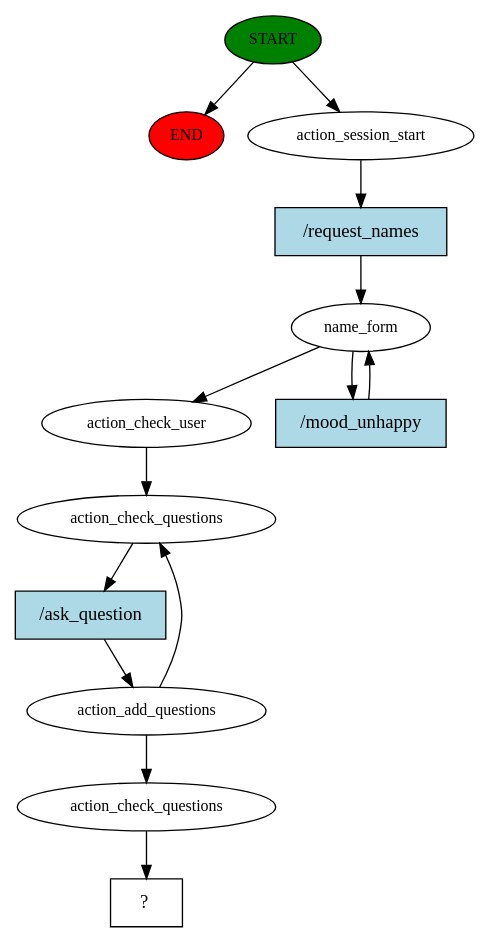
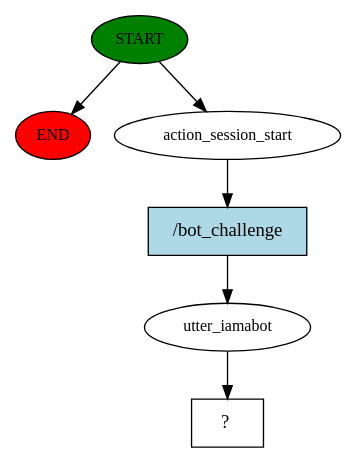
The diagram in story_graph.dot (Dashavod/devtorium_bot), drawn with Graphviz before and after one commit. The commit also changed 12 other files, not shown here.

```diff
--- a/story_graph.dot
+++ b/story_graph.dot
@@ -1,27 +1,13 @@
 digraph  {
 0 [class="start active", fillcolor=green, fontsize=12, label=START, style=filled];
 "-1" [class=end, fillcolor=red, fontsize=12, label=END, style=filled];
 1 [class=active, fontsize=12, label=action_session_start];
-2 [class=active, fontsize=12, label=name_form];
-4 [class=active, fontsize=12, label=action_check_user];
-5 [class=active, fontsize=12, label=action_check_questions];
-6 [class=active, fontsize=12, label=action_add_questions];
-9 [class=active, fontsize=12, label=action_check_questions];
-10 [class="intent dashed active", label="  ?  ", shape=rect];
-11 [class="intent active", fillcolor=lightblue, label="/request_names", shape=rect, style=filled];
-12 [class="intent active", fillcolor=lightblue, label="/mood_unhappy", shape=rect, style=filled];
-13 [class="intent active", fillcolor=lightblue, label="/ask_question", shape=rect, style=filled];
+2 [class=active, fontsize=12, label=utter_iamabot];
+3 [class="intent dashed active", label="  ?  ", shape=rect];
+4 [class="intent active", fillcolor=lightblue, label="/bot_challenge", shape=rect, style=filled];
 0 -> "-1"  [class="", key=NONE, label=""];
 0 -> 1  [class=active, key=NONE, label=""];
-1 -> 11  [class=active, key=0];
-2 -> 4  [class=active, key=NONE, label=""];
-2 -> 12  [class=active, key=0];
-4 -> 5  [class=active, key=NONE, label=""];
-5 -> 13  [class=active, key=0];
-6 -> 5  [class=active, key=NONE, label=""];
-6 -> 9  [class=active, key=NONE, label=""];
-9 -> 10  [class=active, key=NONE, label=""];
-11 -> 2  [class=active, key=0];
-12 -> 2  [class=active, key=0];
-13 -> 6  [class=active, key=0];
+1 -> 4  [class=active, key=0];
+2 -> 3  [class=active, key=NONE, label=""];
+4 -> 2  [class=active, key=0];
 }
```
